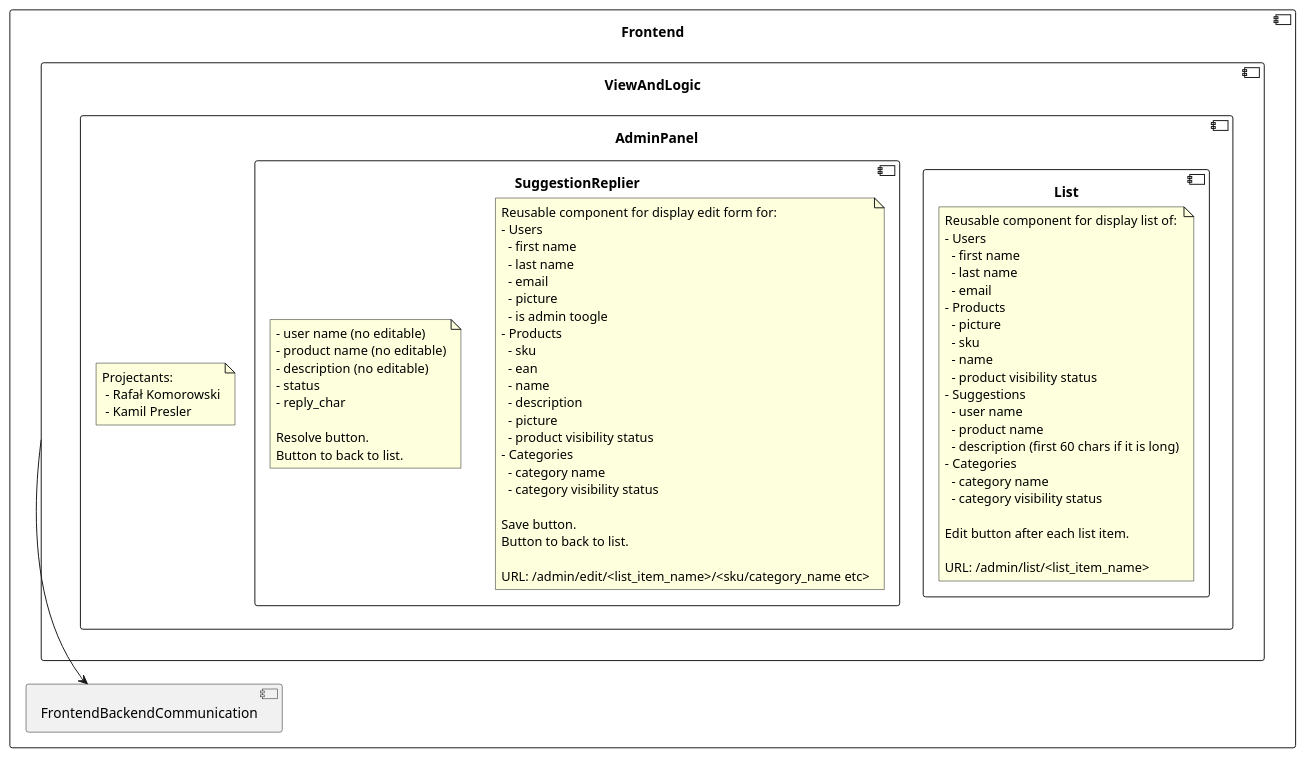
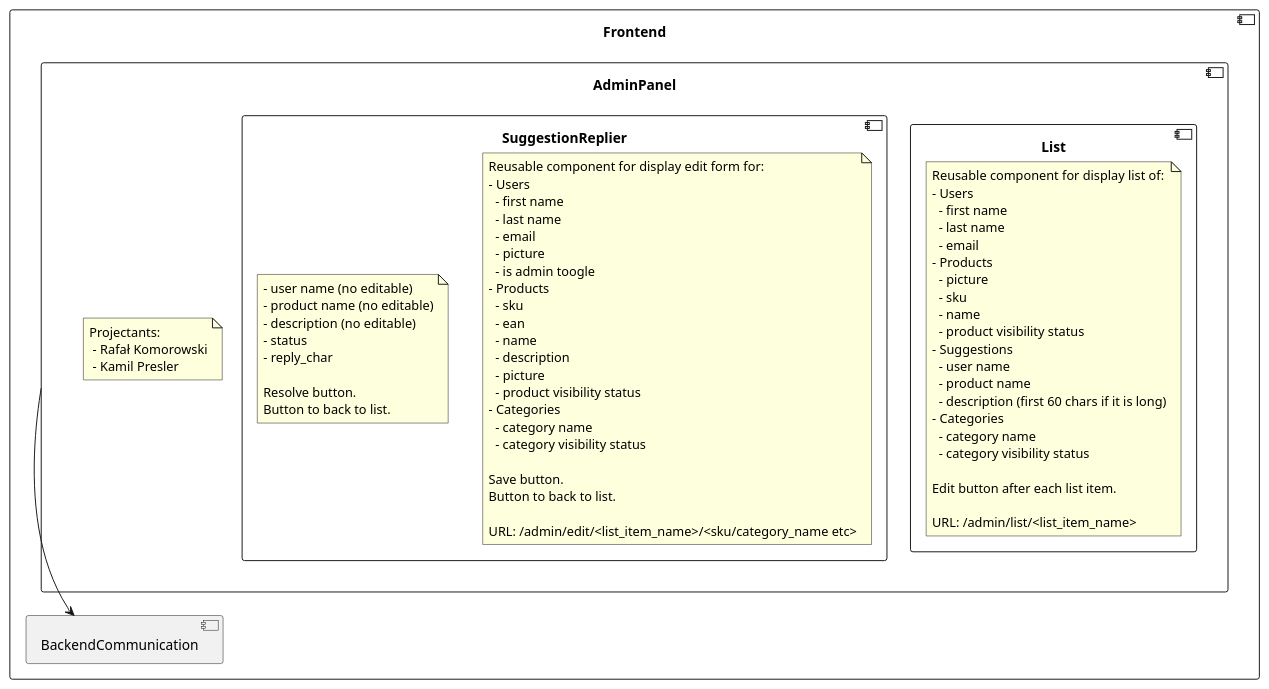
The diagram in frontend/AdminPanel.md (RadekBucki/OpinionCollectorArchitecture), drawn with PlantUML before and after one commit. The commit also changed 8 other files, not shown here.

```diff
--- a/frontend/AdminPanel.md
+++ b/frontend/AdminPanel.md
@@ -4,84 +4,82 @@
 @startuml
     
 component Frontend {
-    component ViewAndLogic {
-        component AdminPanel {
-            note as AuthorsAP
-                Projectants: 
-                 - Rafał Komorowski
-                 - Kamil Presler
+    component AdminPanel {
+        note as AuthorsAP
+            Projectants: 
+             - Rafał Komorowski
+             - Kamil Presler
+        endnote
+        component List {
+            note as ListDescription
+                Reusable component for display list of:
+                - Users
+                  - first name
+                  - last name
+                  - email
+                - Products
+                  - picture
+                  - sku
+                  - name
+                  - product visibility status
+                - Suggestions
+                  - user name
+                  - product name
+                  - description (first 60 chars if it is long)
+                - Categories
+                  - category name
+                  - category visibility status
+                
+                Edit button after each list item.
+                
+                URL: /admin/list/<list_item_name>
             endnote
-            component List {
-                note as ListDescription
-                    Reusable component for display list of:
-                    - Users
-                      - first name
-                      - last name
-                      - email
-                    - Products
-                      - picture
-                      - sku
-                      - name
-                      - product visibility status
-                    - Suggestions
-                      - user name
-                      - product name
-                      - description (first 60 chars if it is long)
-                    - Categories
-                      - category name
-                      - category visibility status
-                    
-                    Edit button after each list item.
-                    
-                    URL: /admin/list/<list_item_name>
-                endnote
-            }
-            component SuggestionReplier {
-                note as EditDescription
-                    Reusable component for display edit form for:
-                    - Users
-                      - first name
-                      - last name
-                      - email
-                      - picture
-                      - is admin toogle
-                    - Products
-                      - sku
-                      - ean
-                      - name
-                      - description
-                      - picture
-                      - product visibility status
-                    - Categories
-                      - category name
-                      - category visibility status
-                    
-                    Save button.
-                    Button to back to list.
-                    
-                    URL: /admin/edit/<list_item_name>/<sku/category_name etc>
-                endnote
-            }
-            
-            component SuggestionReplier {
-                note as SuggestionReplierDescription
-                  - user name (no editable)
-                  - product name (no editable)
-                  - description (no editable)
-                  - status
-                  - reply_char
-                    
-                  Resolve button.
-                  Button to back to list.
-              endnote
-            }
+        }
+        component SuggestionReplier {
+            note as EditDescription
+                Reusable component for display edit form for:
+                - Users
+                  - first name
+                  - last name
+                  - email
+                  - picture
+                  - is admin toogle
+                - Products
+                  - sku
+                  - ean
+                  - name
+                  - description
+                  - picture
+                  - product visibility status
+                - Categories
+                  - category name
+                  - category visibility status
+                
+                Save button.
+                Button to back to list.
+                
+                URL: /admin/edit/<list_item_name>/<sku/category_name etc>
+            endnote
+        }
+        
+        component SuggestionReplier {
+            note as SuggestionReplierDescription
+              - user name (no editable)
+              - product name (no editable)
+              - description (no editable)
+              - status
+              - reply_char
+                
+              Resolve button.
+              Button to back to list.
+          endnote
         }
     }
     
-    component FrontendBackendCommunication {
+    component BackendCommunication {
     }
 
-    ViewAndLogic --> FrontendBackendCommunication
+    AdminPanel --> BackendCommunication
 }
 
 @enduml 
```
